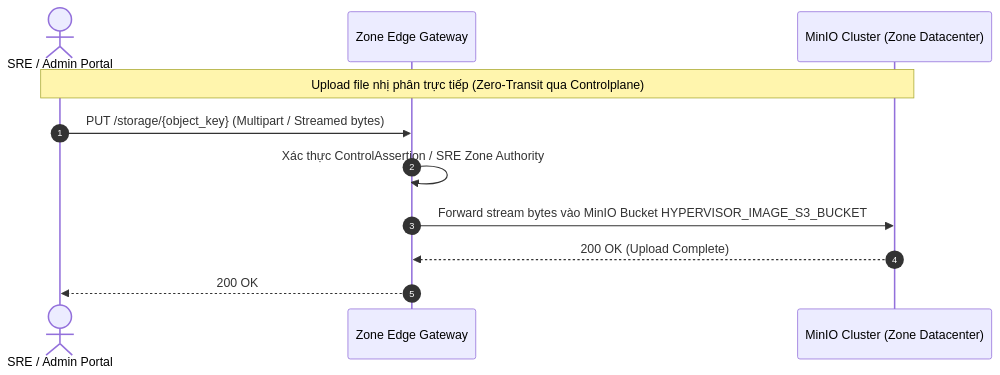
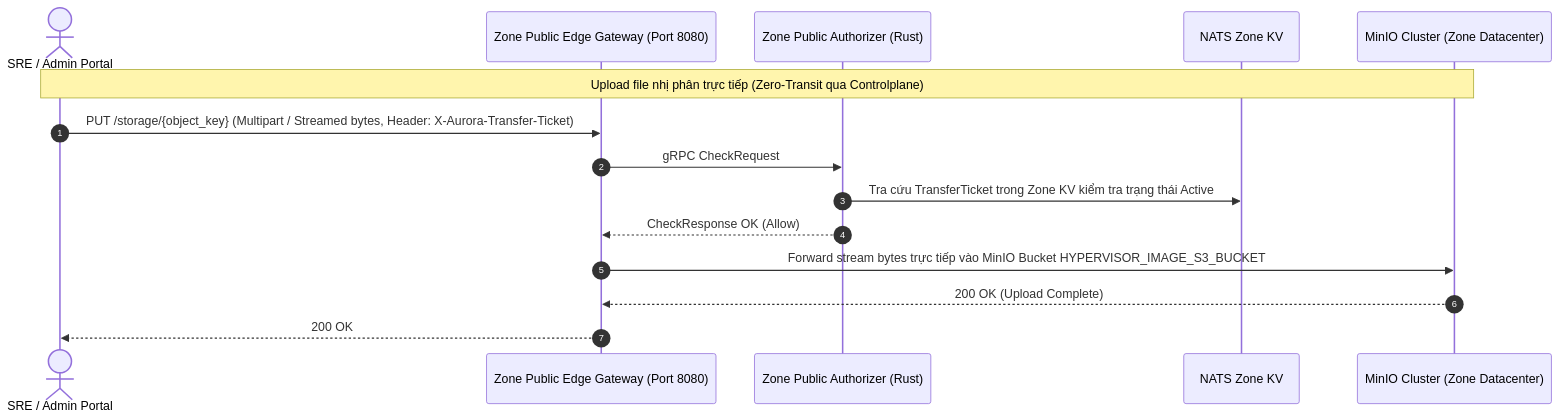
One commit to phucle996/aurora changed the third of 6 diagrams in god_view/hypervisor/hypervisor_image_registry_god_view.md. Above: the diagram before and after it, drawn with Mermaid. The commit also changed other lines of this file, not shown here.

Commit message:
docs(hypervisor): accurately specify zone public edge gateway for binary byte upload in phase 3

````diff
--- a/god_view/hypervisor/hypervisor_image_registry_god_view.md
+++ b/god_view/hypervisor/hypervisor_image_registry_god_view.md
@@ -296,14 +296,18 @@
 ```mermaid
 sequenceDiagram
     autonumber
     actor Admin as SRE / Admin Portal
-    participant ZEG as Zone Edge Gateway
+    participant ZPEG as Zone Public Edge Gateway (Port 8080)
+    participant Authz as Zone Public Authorizer (Rust)
+    participant KV as NATS Zone KV
     participant S3 as MinIO Cluster (Zone Datacenter)
 
     Note over Admin,S3: Upload file nhị phân trực tiếp (Zero-Transit qua Controlplane)
-    Admin->>ZEG: PUT /storage/{object_key} (Multipart / Streamed bytes)
-    ZEG->>ZEG: Xác thực ControlAssertion / SRE Zone Authority
-    ZEG->>S3: Forward stream bytes vào MinIO Bucket HYPERVISOR_IMAGE_S3_BUCKET
-    S3-->>ZEG: 200 OK (Upload Complete)
-    ZEG-->>Admin: 200 OK
+    Admin->>ZPEG: PUT /storage/{object_key} (Multipart / Streamed bytes, Header: X-Aurora-Transfer-Ticket)
+    ZPEG->>Authz: gRPC CheckRequest
+    Authz->>KV: Tra cứu TransferTicket trong Zone KV kiểm tra trạng thái Active
+    Authz-->>ZPEG: CheckResponse OK (Allow)
+    ZPEG->>S3: Forward stream bytes trực tiếp vào MinIO Bucket HYPERVISOR_IMAGE_S3_BUCKET
+    S3-->>ZPEG: 200 OK (Upload Complete)
+    ZPEG-->>Admin: 200 OK
 ```
````
